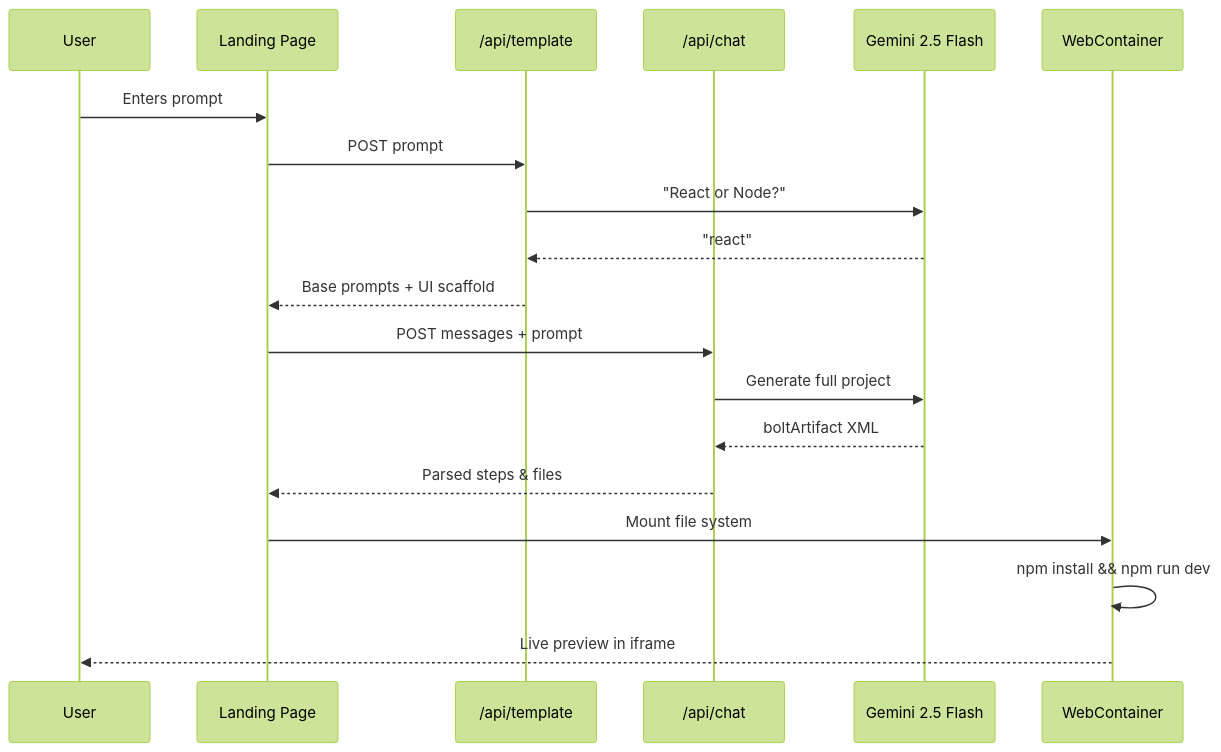
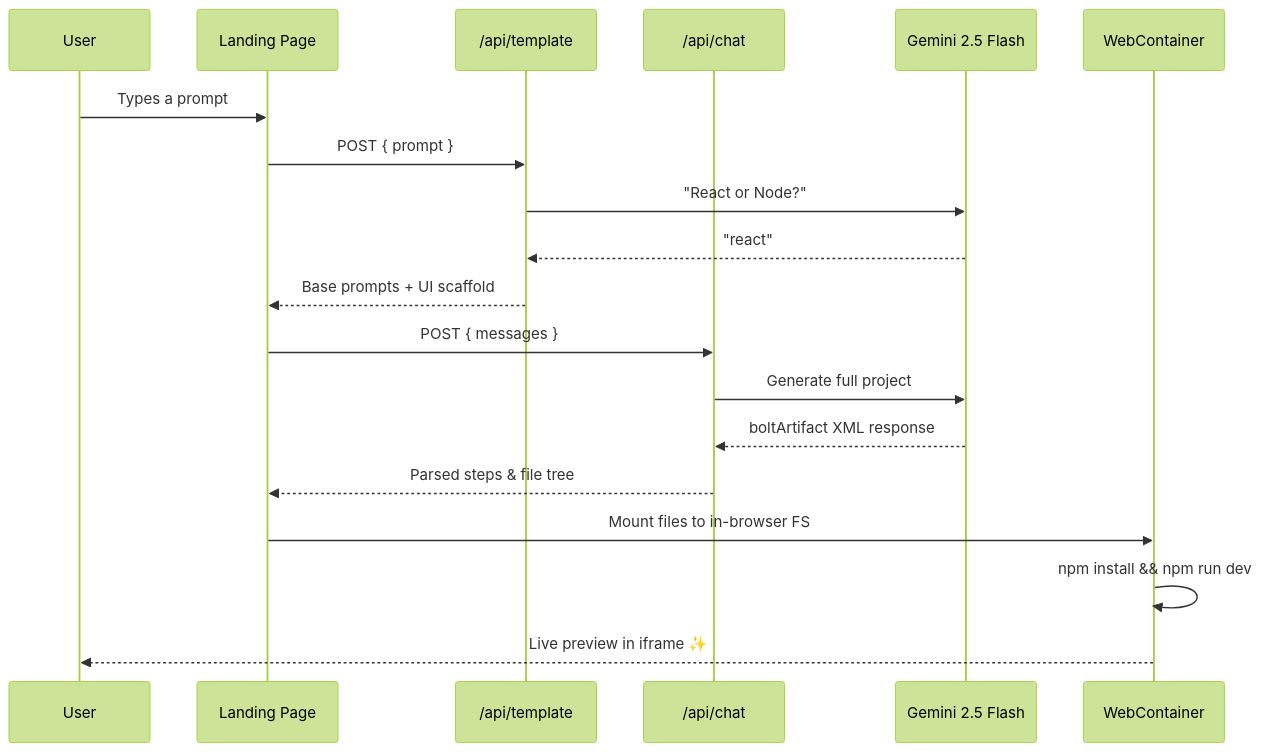
The diagram in README.md (SinghalSahab/BlinkBuild), drawn with Mermaid (forest theme) before and after one commit. The commit also changed other lines of this file, not shown here.

````diff
--- a/README.md
+++ b/README.md
@@ -73,22 +248,22 @@
 ```mermaid
 sequenceDiagram
     participant User
     participant Landing as Landing Page
     participant Template as /api/template
     participant Chat as /api/chat
     participant Gemini as Gemini 2.5 Flash
     participant WC as WebContainer
 
-    User->>Landing: Enters prompt
-    Landing->>Template: POST prompt
+    User->>Landing: Types a prompt
+    Landing->>Template: POST { prompt }
     Template->>Gemini: "React or Node?"
     Gemini-->>Template: "react"
     Template-->>Landing: Base prompts + UI scaffold
-    Landing->>Chat: POST messages + prompt
+    Landing->>Chat: POST { messages }
     Chat->>Gemini: Generate full project
-    Gemini-->>Chat: boltArtifact XML
-    Chat-->>Landing: Parsed steps & files
-    Landing->>WC: Mount file system
+    Gemini-->>Chat: boltArtifact XML response
+    Chat-->>Landing: Parsed steps & file tree
+    Landing->>WC: Mount files to in-browser FS
     WC->>WC: npm install && npm run dev
-    WC-->>User: Live preview in iframe
+    WC-->>User: Live preview in iframe ✨
 ```
````
